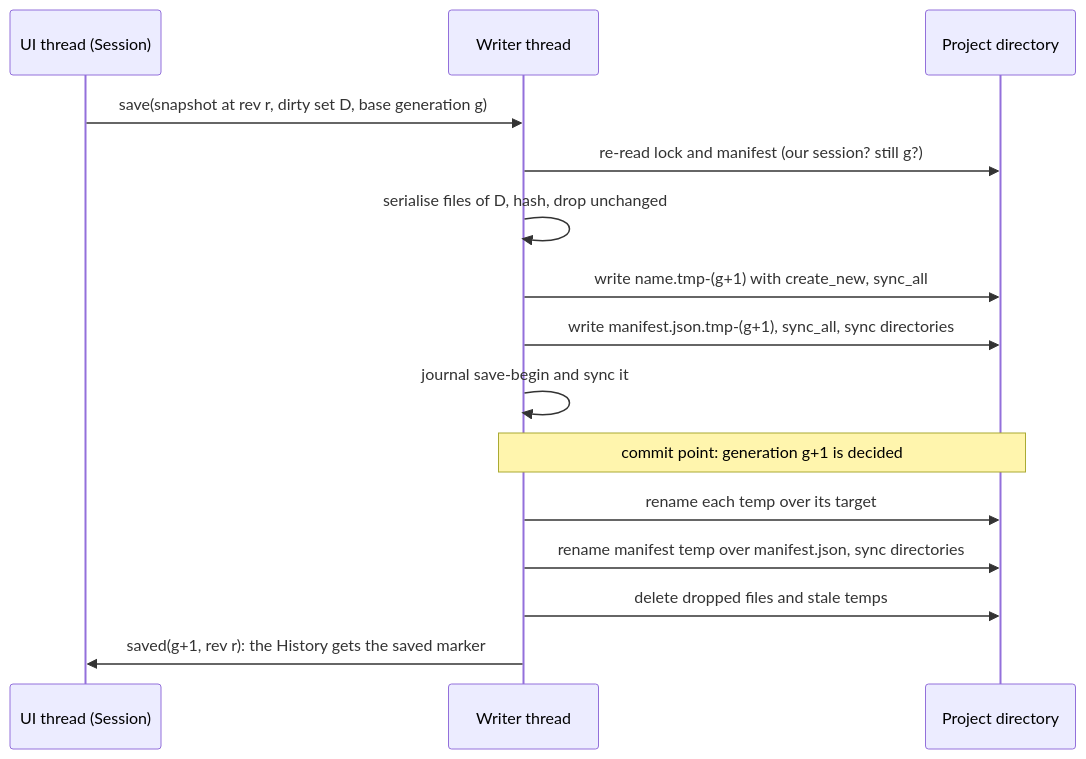
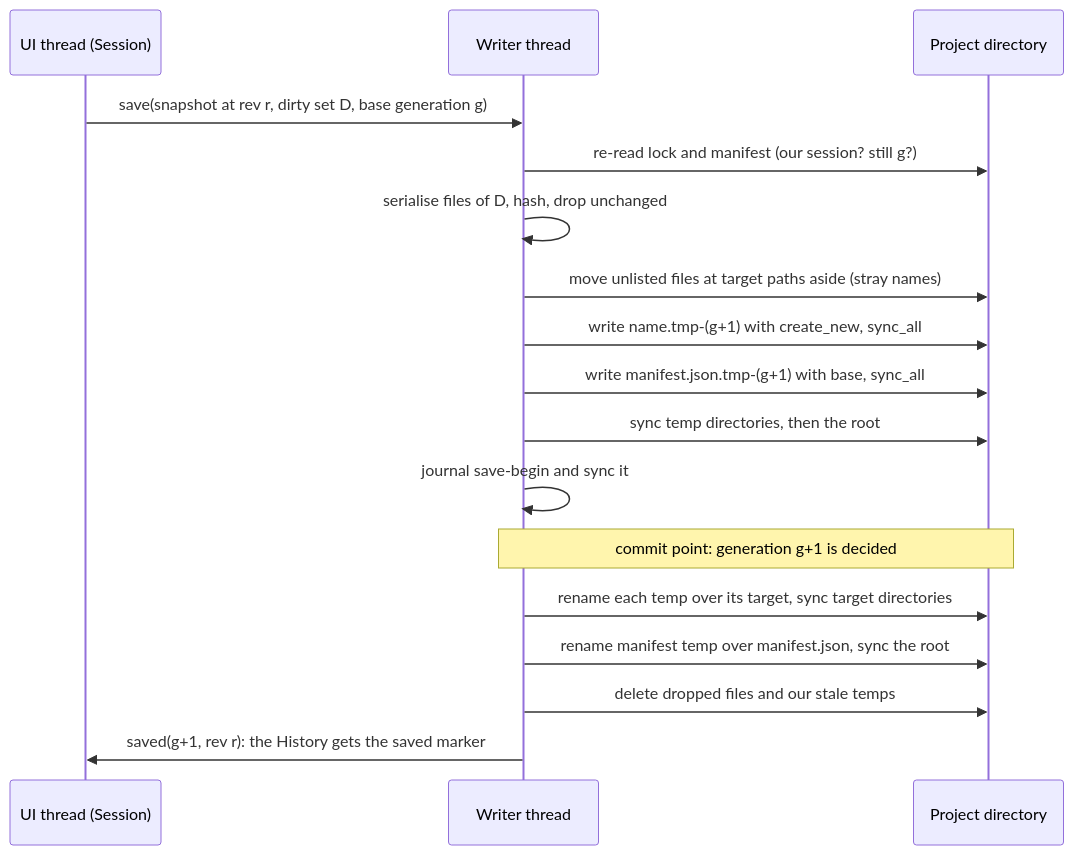
One commit to Ironkode787/ElektraWatt changed the first of 3 diagrams in docs/design/05-project-format-and-persistence.md. Above: the diagram before and after it, drawn with Mermaid. The commit also changed other lines of this file and 26 other files, not shown here.

````diff
--- a/docs/design/05-project-format-and-persistence.md
+++ b/docs/design/05-project-format-and-persistence.md
@@ -492,17 +522,19 @@
 ```mermaid
 sequenceDiagram
   participant UI as UI thread (Session)
   participant W as Writer thread
   participant FS as Project directory
   UI->>W: save(snapshot at rev r, dirty set D, base generation g)
   W->>FS: re-read lock and manifest (our session? still g?)
   W->>W: serialise files of D, hash, drop unchanged
+  W->>FS: move unlisted files at target paths aside (stray names)
   W->>FS: write name.tmp-(g+1) with create_new, sync_all
-  W->>FS: write manifest.json.tmp-(g+1), sync_all, sync directories
+  W->>FS: write manifest.json.tmp-(g+1) with base, sync_all
+  W->>FS: sync temp directories, then the root
   W->>W: journal save-begin and sync it
   Note over W,FS: commit point: generation g+1 is decided
-  W->>FS: rename each temp over its target
-  W->>FS: rename manifest temp over manifest.json, sync directories
-  W->>FS: delete dropped files and stale temps
+  W->>FS: rename each temp over its target, sync target directories
+  W->>FS: rename manifest temp over manifest.json, sync the root
+  W->>FS: delete dropped files and our stale temps
   W->>UI: saved(g+1, rev r): the History gets the saved marker
 ```
````
